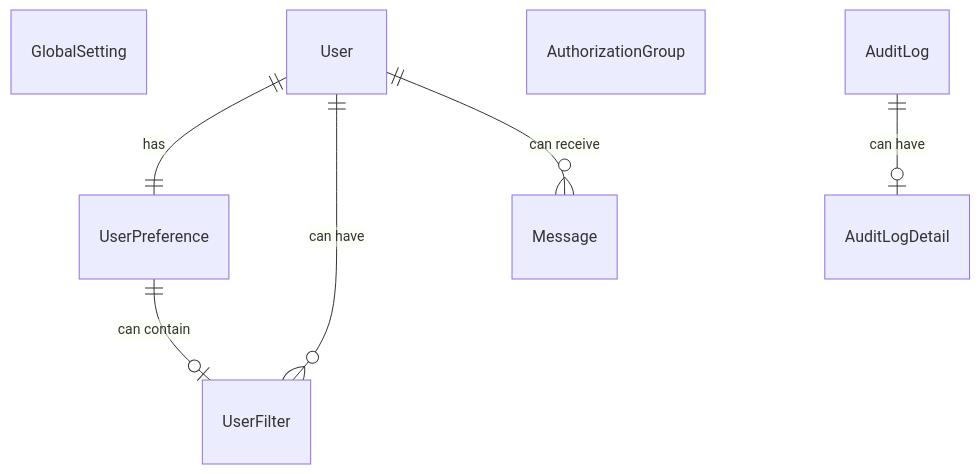
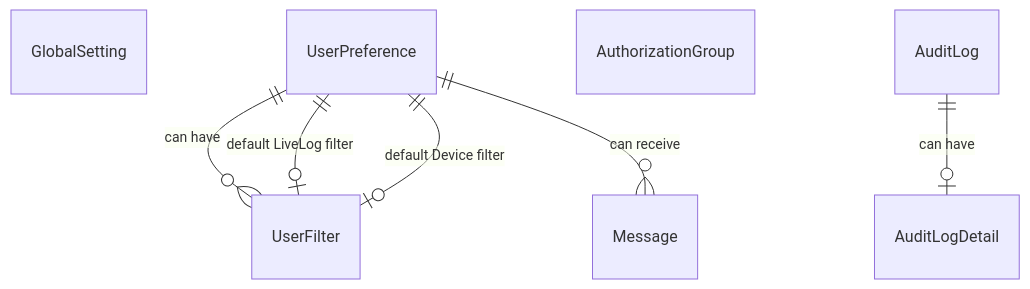
One commit to IshiKakesuFun/XtendIS3 changed the first of 6 diagrams in docs/db.md. Above: the diagram before and after it, drawn with Mermaid. The commit also changed 1 other file, not shown here.

Commit message:
#8 all current tables with relationship

````diff
--- a/docs/db.md
+++ b/docs/db.md
@@ -1,10 +1,10 @@
 ```mermaid
 erDiagram
     GlobalSetting
-    User ||--|| UserPreference: has
-    User ||--o{ UserFilter: "can have"
-    User ||--o{ Message: "can receive"
-    UserPreference ||--o| UserFilter: "can contain"
+    UserPreference ||--o{ UserFilter: "can have"
+    UserPreference ||--o{ Message: "can receive"
+    UserPreference ||--o| UserFilter: "default LiveLog filter"
+    UserPreference ||--o| UserFilter: "default Device filter"
     AuthorizationGroup
     AuditLog ||--o| AuditLogDetail: "can have"
 ```
````
